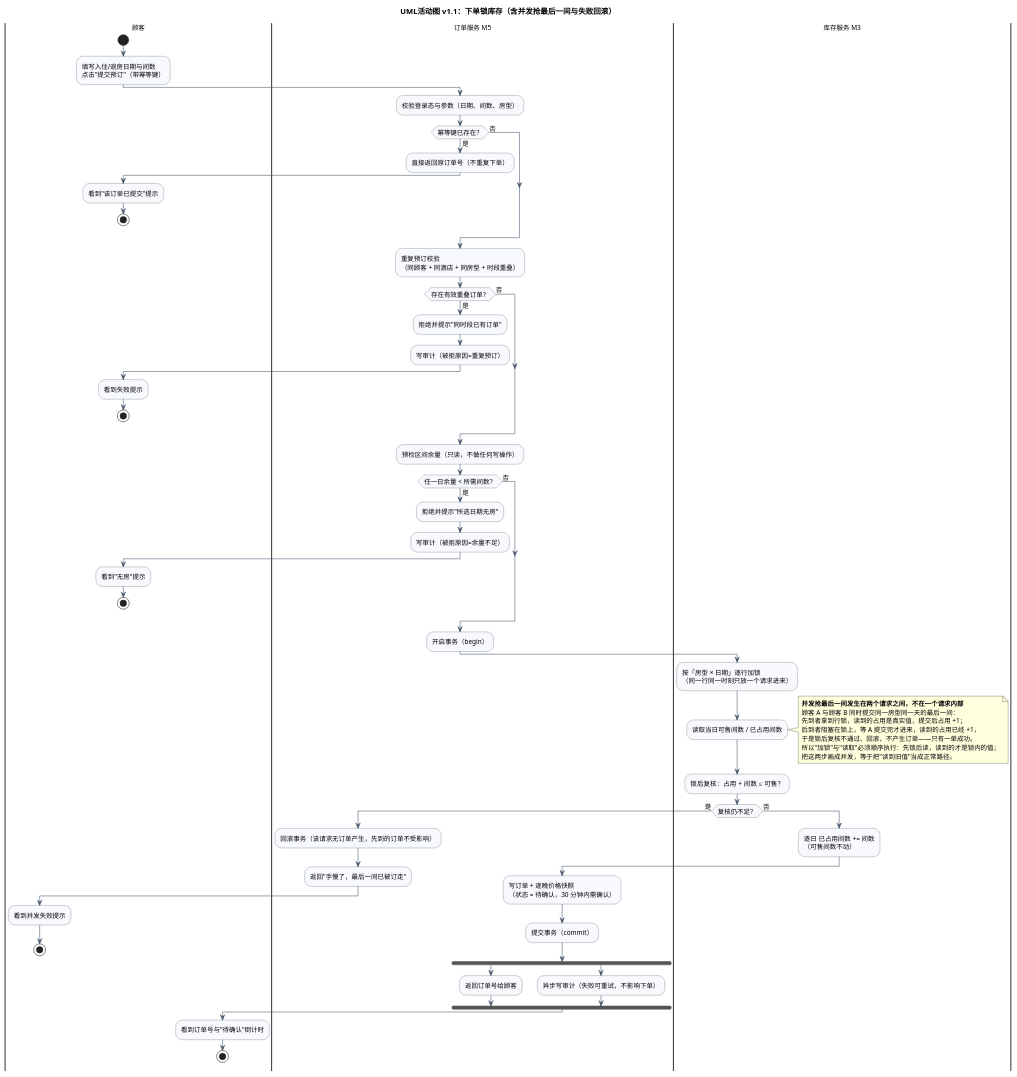
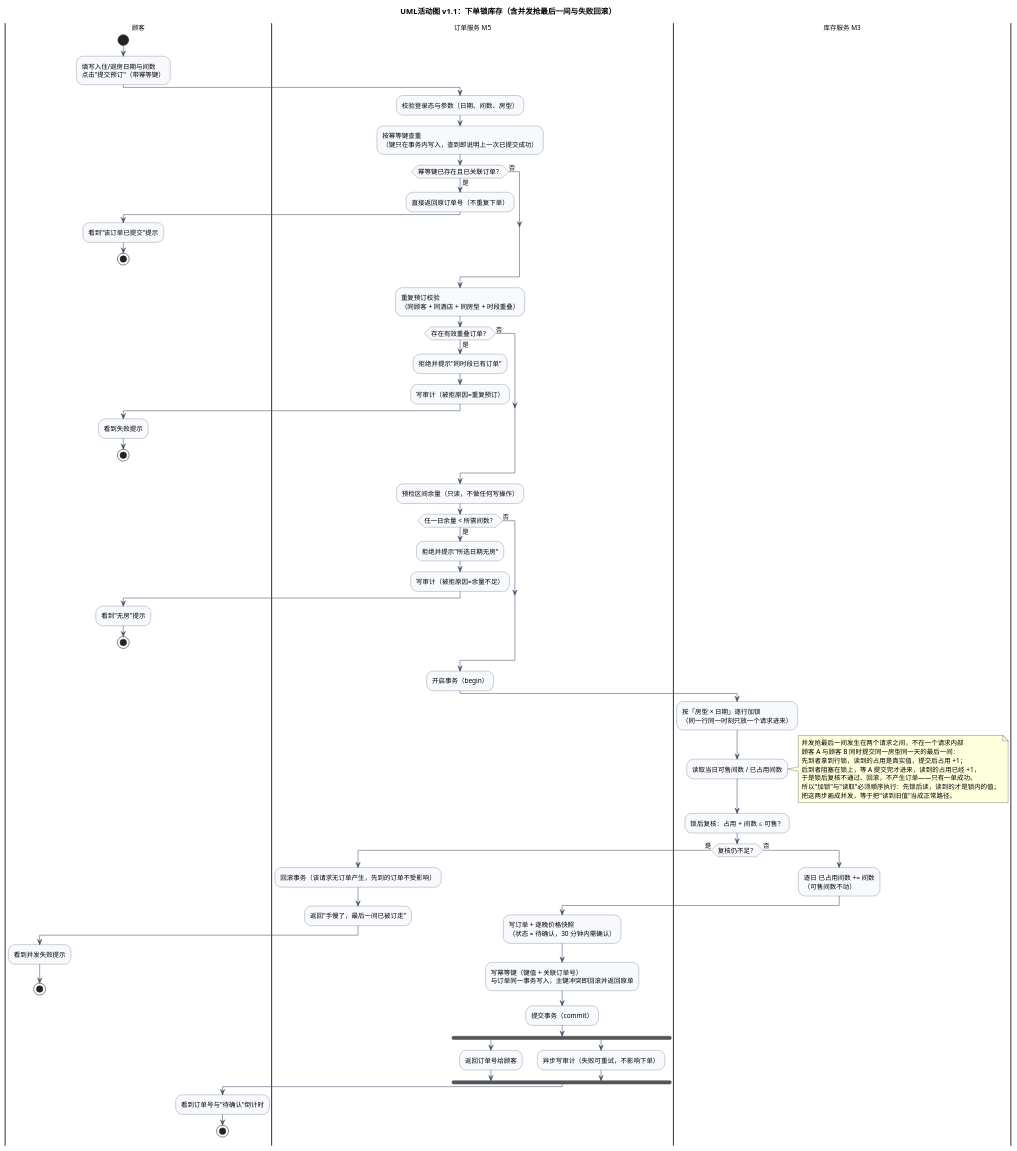
The diagram in exp2/UML/UML活动图.puml (ChenYiFanAccount/softeng-lab1-requirements), drawn with PlantUML before and after one commit. The commit also changed 15 other files, not shown here.

```diff
--- a/exp2/UML/UML活动图.puml
+++ b/exp2/UML/UML活动图.puml
@@ -1,88 +1,90 @@
 @startuml
 ' 版本：v1.1（2026-11-12，S3 行为图；加锁与读取改为顺序，补并发说明）
 ' 口径来源：exp2/设计基线/02_模块划分与交互.md §4 链路一、§5 事务边界（下单）
 '           exp2/设计基线/03_数据设计.md §5 库存口径（占用 += n，可售不动）
 ' 画法：泳道恰好 3 条（顾客 / 订单服务 M5 / 库存服务 M3）。审计写库放在 M5 泳道内的异步分支里，
 '      不单开第四条泳道——报告里要能说清"为什么审计不进主流程"。
 title UML活动图 v1.1：下单锁库存（含并发抢最后一间与失败回滚）
 
 skinparam shadowing false
 skinparam defaultFontSize 12
 skinparam ArrowColor #44546A
 skinparam ActivityBackgroundColor #F7F9FC
 skinparam ActivityBorderColor #44546A
 
 |顾客|
 start
 :填写入住/退房日期与间数\n点击"提交预订"（带幂等键）;
 
 |订单服务 M5|
 :校验登录态与参数（日期、间数、房型）;
-if (幂等键已存在？) then (是)
+:按幂等键查重\n（键只在事务内写入，查到即说明上一次已提交成功）;
+if (幂等键已存在且已关联订单？) then (是)
   :直接返回原订单号（不重复下单）;
   |顾客|
   :看到"该订单已提交"提示;
   stop
 else (否)
 endif
 
 |订单服务 M5|
 :重复预订校验\n（同顾客 + 同酒店 + 同房型 + 时段重叠）;
 if (存在有效重叠订单？) then (是)
   :拒绝并提示"同时段已有订单";
   :写审计（被拒原因=重复预订）;
   |顾客|
   :看到失败提示;
   stop
 else (否)
 endif
 
 |订单服务 M5|
 :预检区间余量（只读，不做任何写操作）;
 if (任一日余量 < 所需间数？) then (是)
   :拒绝并提示"所选日期无房";
   :写审计（被拒原因=余量不足）;
   |顾客|
   :看到"无房"提示;
   stop
 else (否)
 endif
 
 |订单服务 M5|
 :开启事务（begin）;
 |库存服务 M3|
 :按「房型 × 日期」逐行加锁\n（同一行同一时刻只放一个请求进来）;
 :读取当日可售间数 / 已占用间数;
 note right
-  **并发抢最后一间发生在两个请求之间，不在一个请求内部**
+  并发抢最后一间发生在两个请求之间，不在一个请求内部
   顾客 A 与顾客 B 同时提交同一房型同一天的最后一间：
   先到者拿到行锁，读到的占用是真实值，提交后占用 +1；
   后到者阻塞在锁上，等 A 提交完才进来，读到的占用已经 +1，
   于是锁后复核不通过、回滚，不产生订单——只有一单成功。
   所以"加锁"与"读取"必须顺序执行：先锁后读，读到的才是锁内的值；
   把这两步画成并发，等于把"读到旧值"当成正常路径。
 end note
 :锁后复核：占用 + 间数 ≤ 可售？;
 if (复核仍不足？) then (是)
   |订单服务 M5|
   :回滚事务（该请求无订单产生，先到的订单不受影响）;
   :返回"手慢了，最后一间已被订走";
   |顾客|
   :看到并发失败提示;
   stop
 else (否)
   |库存服务 M3|
   :逐日 已占用间数 += 间数\n（可售间数不动）;
   |订单服务 M5|
   :写订单 + 逐晚价格快照\n（状态 = 待确认，30 分钟内需确认）;
+  :写幂等键（键值 + 关联订单号）\n与订单同一事务写入，主键冲突即回滚并返回原单;
   :提交事务（commit）;
   fork
     :返回订单号给顾客;
   fork again
     :异步写审计（失败可重试，不影响下单）;
   end fork
   |顾客|
   :看到订单号与"待确认"倒计时;
   stop
 endif
 @enduml
```
